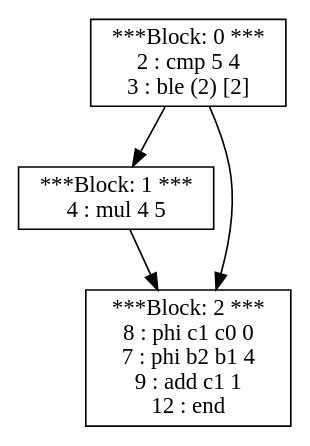
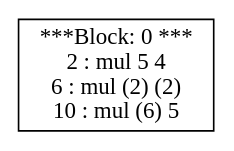
Before and after one commit to vigneshjathavara/PL241-Compiler: the diagram in src/Display/dotOutput.gv, drawn with Graphviz. The commit also changed 14 other files, not shown here.

```diff
--- a/src/Display/dotOutput.gv
+++ b/src/Display/dotOutput.gv
@@ -1,9 +1,4 @@
 digraph structs {
-0 [shape=record,label="***Block: 0 ***\n2 : cmp 5 4 \n3 : ble (2) [2]\n"]
-1 [shape=record,label="***Block: 1 ***\n4 : mul 4 5 \n"]
-2 [shape=record,label="***Block: 2 ***\n8 : phi c1 c0 0 \n7 : phi b2 b1 4 \n9 : add c1 1 \n12 : end \n"]
-0 -> 1;
-1 -> 2;
-0 -> 2;
+0 [shape=record,label="***Block: 0 ***\n2 : mul 5 4 \n6 : mul (2) (2) \n10 : mul (6) 5 \n"]
 
 }
```
